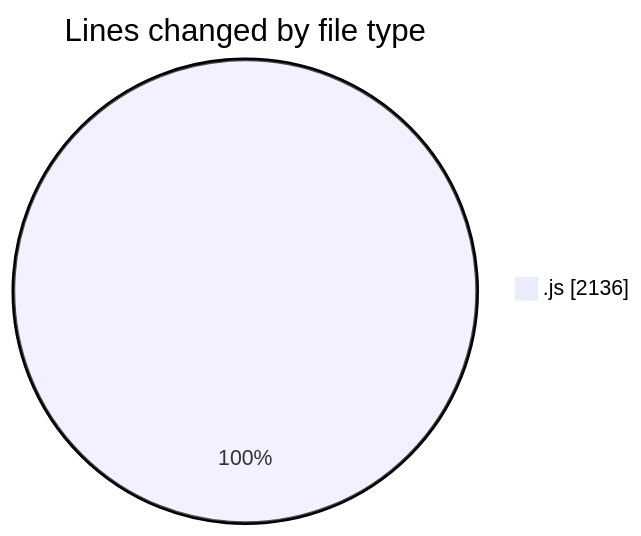
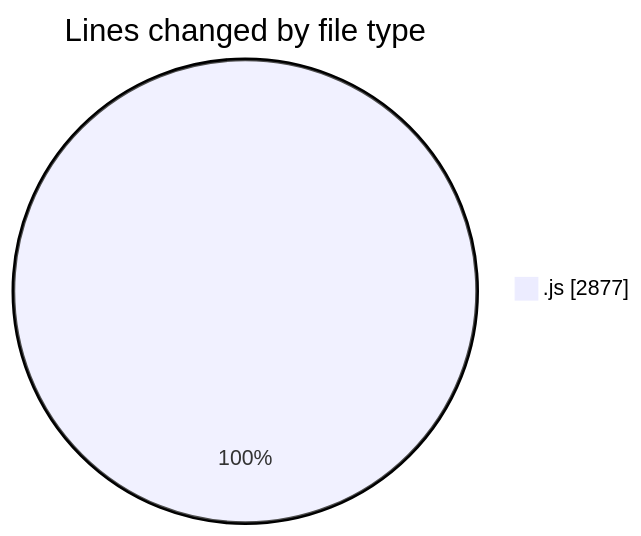
Before and after one commit to nxtqubesakshisongat/code-tracking: the first of 2 diagrams in 2025-09-08/cashcalculator/README.md, drawn with Mermaid. The commit also changed other lines of this file and 1 other file, not shown here.

````diff
--- a/2025-09-08/cashcalculator/README.md
+++ b/2025-09-08/cashcalculator/README.md
@@ -20,5 +20,5 @@
 ```mermaid
 pie showData
 title Lines changed by file type
-".js" : 2136
+".js" : 2877
 ```
````
